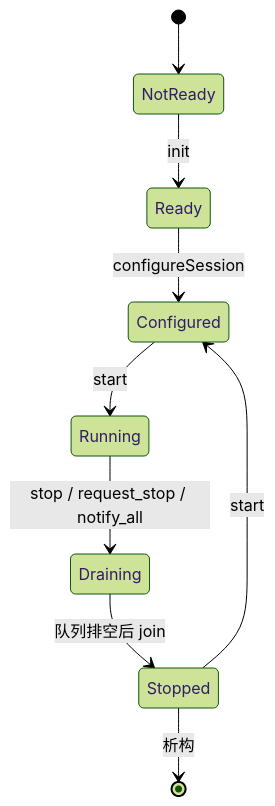
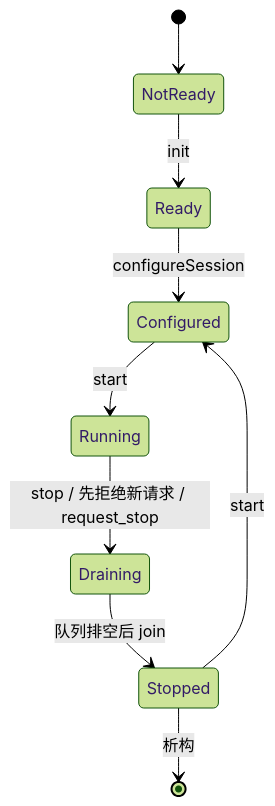
Before and after one commit to with-fair-wind/1mZGG: the sixth of 6 diagrams in docs/module-storage.md, drawn with Mermaid (forest theme). The commit also changed other lines of this file and 61 other files, not shown here.

````diff
--- a/docs/module-storage.md
+++ b/docs/module-storage.md
@@ -234,11 +235,11 @@
 ```mermaid
 stateDiagram-v2
     [*] --> NotReady
     NotReady --> Ready: init
     Ready --> Configured: configureSession
     Configured --> Running: start
-    Running --> Draining: stop / request_stop / notify_all
+    Running --> Draining: stop / 先拒绝新请求 / request_stop
     Draining --> Stopped: 队列排空后 join
     Stopped --> Configured: start
     Stopped --> [*]: 析构
 ```
````
